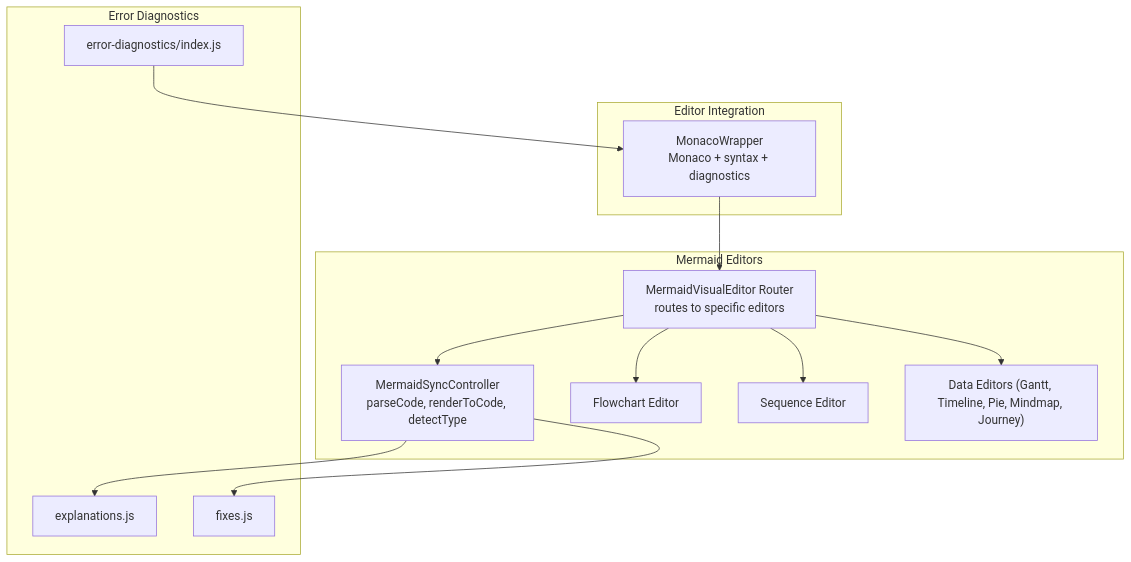
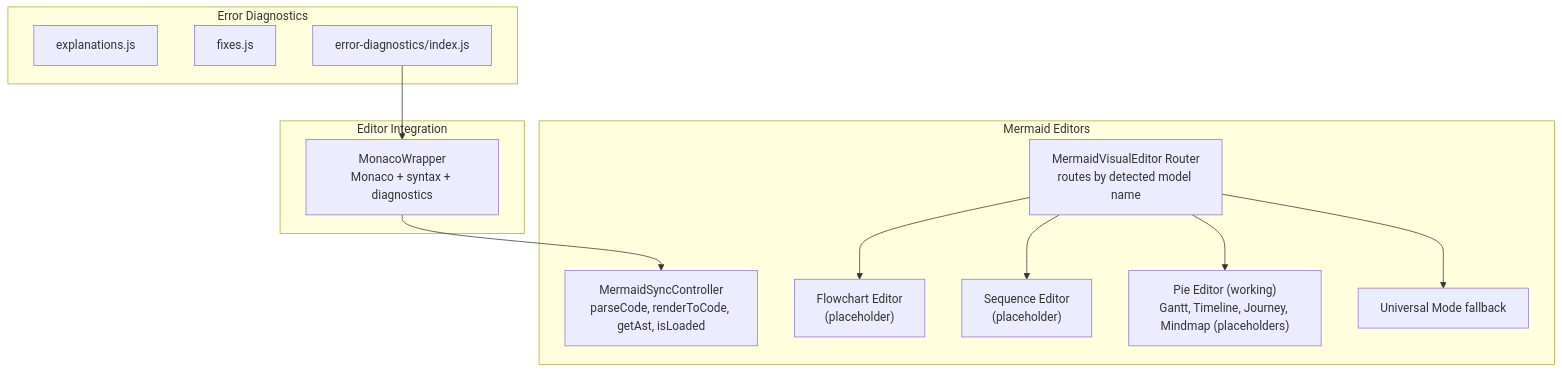
One commit to ongchonghian/universal-diagram-editor changed the first of 6 diagrams in .qoder/repowiki/en/content/Advanced Features/Bi-directional Synchronization.md. Above: the diagram before and after it, drawn with Mermaid. The commit also changed other lines of this file and 31 other files, not shown here.

````diff
--- a/.qoder/repowiki/en/content/Advanced Features/Bi-directional Synchronization.md
+++ b/.qoder/repowiki/en/content/Advanced Features/Bi-directional Synchronization.md
@@ -38,26 +36,25 @@
 ```mermaid
 graph TB
 subgraph "Mermaid Editors"
-MS["MermaidSyncController<br/>parseCode, renderToCode, detectType"]
-MR["MermaidVisualEditor Router<br/>routes to specific editors"]
-FE["Flowchart Editor"]
-SE["Sequence Editor"]
-DE["Data Editors (Gantt, Timeline, Pie, Mindmap, Journey)"]
+MS["MermaidSyncController<br/>parseCode, renderToCode, getAst, isLoaded"]
+MR["MermaidVisualEditor Router<br/>routes by detected model name"]
+FE["Flowchart Editor<br/>(placeholder)"]
+SE["Sequence Editor<br/>(placeholder)"]
+DE["Pie Editor (working)<br/>Gantt, Timeline, Journey, Mindmap (placeholders)"]
+UM["Universal Mode fallback"]
 end
 subgraph "Editor Integration"
 MW["MonacoWrapper<br/>Monaco + syntax + diagnostics"]
 end
 subgraph "Error Diagnostics"
 EX["explanations.js"]
 FX["fixes.js"]
 ED["error-diagnostics/index.js"]
 end
-MW --> MR
-MR --> MS
+MW --> MS
 MR --> FE
 MR --> SE
 MR --> DE
-MS --> EX
-MS --> FX
+MR --> UM
 ED --> MW
 ```
````
